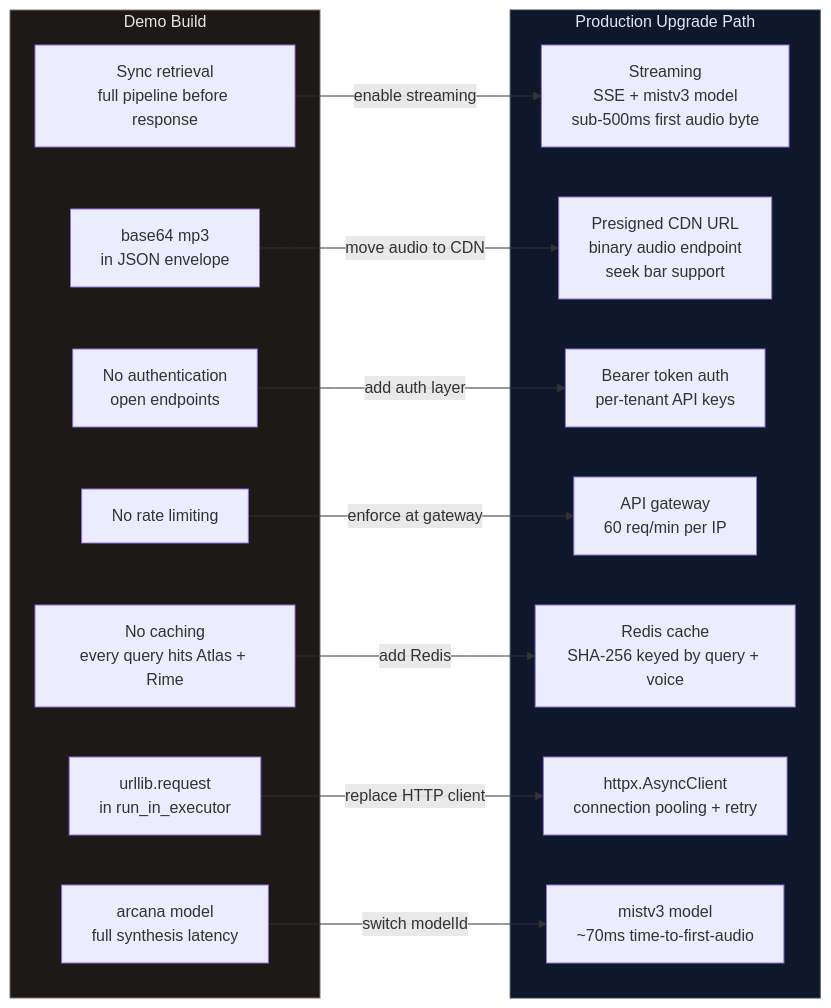
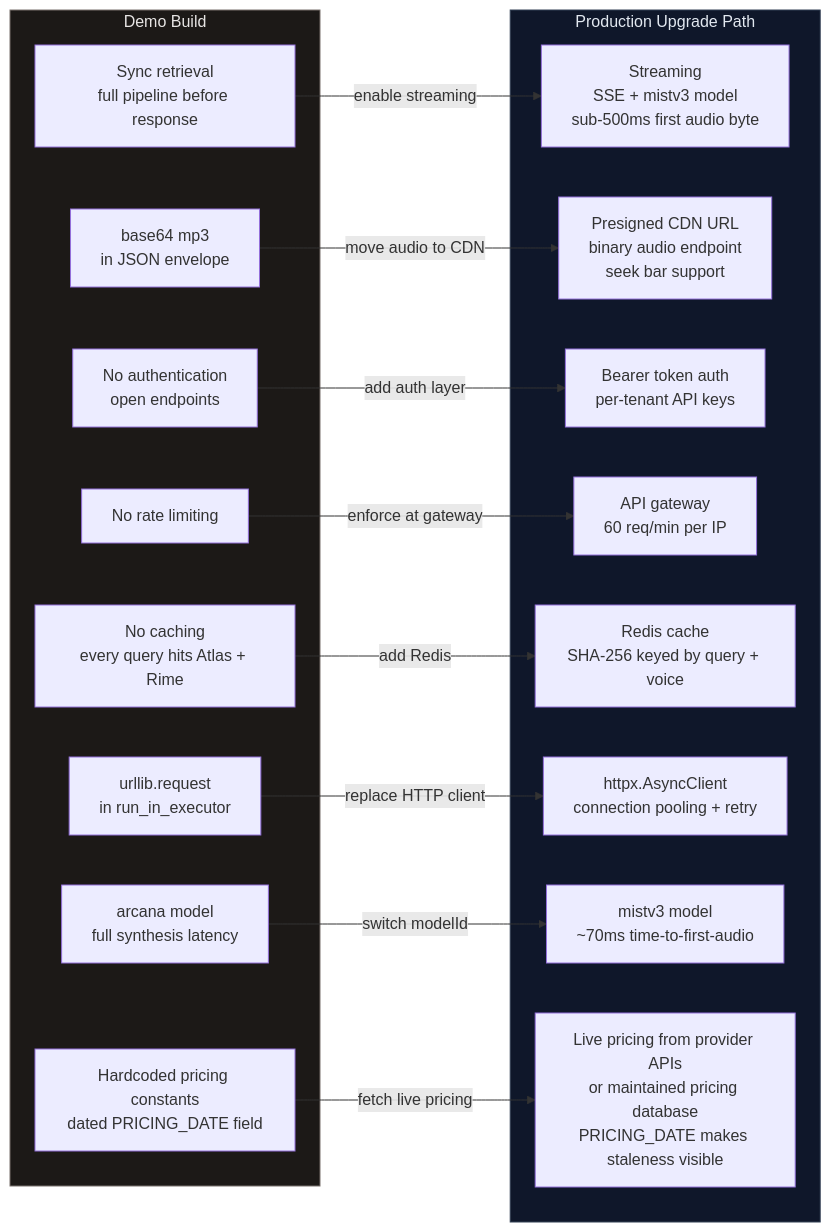
The fourth of 4 diagrams in ARCHITECTURE.md (kenwalger/abiqua-voice-rag), drawn with Mermaid before and after one commit. The commit also changed other lines of this file and 15 other files, not shown here.

````diff
--- a/ARCHITECTURE.md
+++ b/ARCHITECTURE.md
@@ -181,33 +183,36 @@
 ```mermaid
 flowchart LR
     subgraph Demo ["Demo Build"]
         D1[Sync retrieval\nfull pipeline before response]
         D2[base64 mp3\nin JSON envelope]
         D3[No authentication\nopen endpoints]
         D4[No rate limiting]
         D5[No caching\nevery query hits Atlas + Rime]
         D6[urllib.request\nin run_in_executor]
         D7[arcana model\nfull synthesis latency]
+        D8[Hardcoded pricing constants\ndated PRICING_DATE field]
     end
 
     subgraph Production ["Production Upgrade Path"]
         P1[Streaming\nSSE + mistv3 model\nsub-500ms first audio byte]
         P2[Presigned CDN URL\nbinary audio endpoint\nseek bar support]
         P3[Bearer token auth\nper-tenant API keys]
         P4[API gateway\n60 req/min per IP]
         P5[Redis cache\nSHA-256 keyed by query + voice]
         P6[httpx.AsyncClient\nconnection pooling + retry]
         P7[mistv3 model\n~70ms time-to-first-audio]
+        P8[Live pricing from provider APIs\nor maintained pricing database\nPRICING_DATE makes staleness visible]
     end
 
     D1 -->|enable streaming| P1
     D2 -->|move audio to CDN| P2
     D3 -->|add auth layer| P3
     D4 -->|enforce at gateway| P4
     D5 -->|add Redis| P5
     D6 -->|replace HTTP client| P6
     D7 -->|switch modelId| P7
+    D8 -->|fetch live pricing| P8
 
     style Demo fill:#1c1917,stroke:#78716c,color:#e7e5e4
     style Production fill:#0f172a,stroke:#334155,color:#e2e8f0
 ```
````
